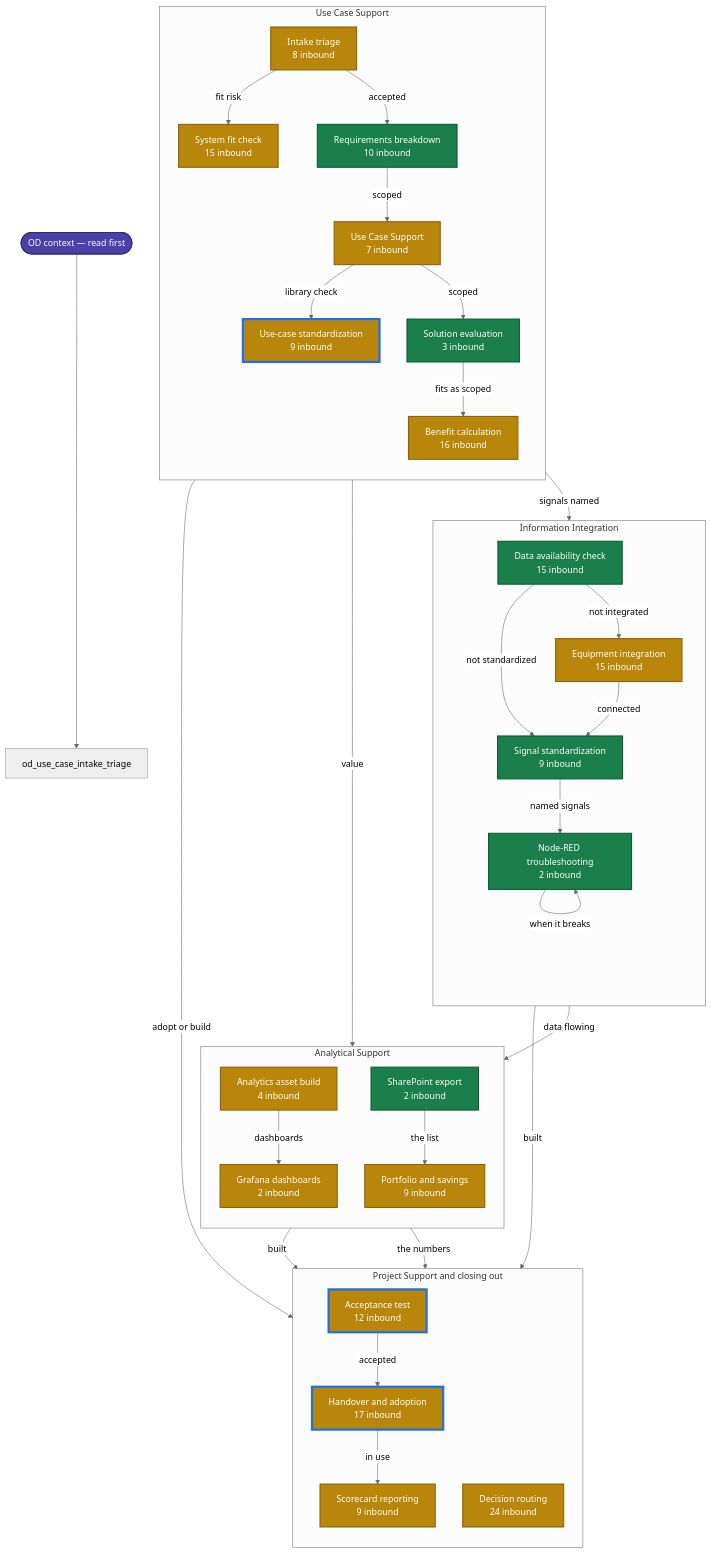
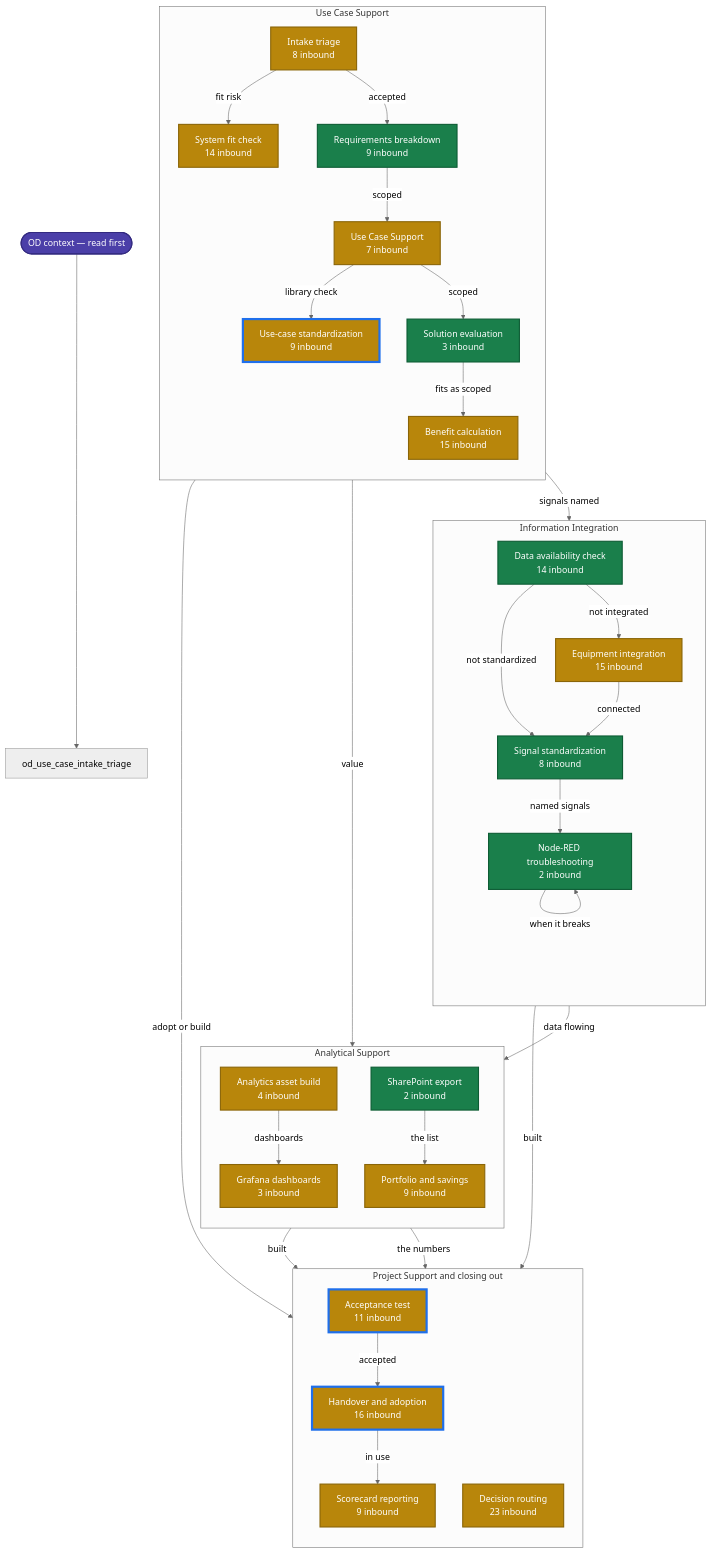
Before and after one commit to ops-digit-io/operations-digitalization-skill-registry: the diagram in docs/skill-state-map.md, drawn with Mermaid (neutral theme). The commit also changed other lines of this file and 144 other files, not shown here.

Commit message:
Remove deploy-it-demand; link OpenSpec externally on the map; BPMN 2.0 process map; ops-dashboard-engine on the prototype step

````diff
--- a/docs/skill-state-map.md
+++ b/docs/skill-state-map.md
@@ -20,69 +20,69 @@
 ```mermaid
 flowchart TD
     ctx(["OD context — read first"])
     subgraph UC["Use Case Support"]
     direction TB
         dept_intake["Intake triage<br/>8 inbound"]
-        invest_screen["System fit check<br/>15 inbound"]
-        funnel_requirements["Requirements breakdown<br/>10 inbound"]
+        invest_screen["System fit check<br/>14 inbound"]
+        funnel_requirements["Requirements breakdown<br/>9 inbound"]
         funnel_use_case["Use Case Support<br/>7 inbound"]
         funnel_evaluation["Solution evaluation<br/>3 inbound"]
         catalog_standardization["Use-case standardization<br/>9 inbound"]
-        bc_build["Benefit calculation<br/>16 inbound"]
+        bc_build["Benefit calculation<br/>15 inbound"]
     end
     subgraph II["Information Integration"]
     direction TB
-        mi_data_availability["Data availability check<br/>15 inbound"]
+        mi_data_availability["Data availability check<br/>14 inbound"]
         mi_equipment["Equipment integration<br/>15 inbound"]
-        mi_signals["Signal standardization<br/>9 inbound"]
+        mi_signals["Signal standardization<br/>8 inbound"]
         mi_flow["Node-RED troubleshooting<br/>2 inbound"]
         mi_flow["Node-RED troubleshooting<br/>2 inbound"]
     end
     subgraph AS["Analytical Support"]
     direction TB
         ops_analytics_asset["Analytics asset build<br/>4 inbound"]
-        ops_dashboard_engine["Grafana dashboards<br/>2 inbound"]
+        ops_dashboard_engine["Grafana dashboards<br/>3 inbound"]
         bc_portfolio["Portfolio and savings<br/>9 inbound"]
         know_sharepoint_export["SharePoint export<br/>2 inbound"]
     end
     subgraph PS["Project Support and closing out"]
     direction TB
-        deploy_acceptance["Acceptance test<br/>12 inbound"]
-        deploy_handover["Handover and adoption<br/>17 inbound"]
+        deploy_acceptance["Acceptance test<br/>11 inbound"]
+        deploy_handover["Handover and adoption<br/>16 inbound"]
         metrics_scorecard["Scorecard reporting<br/>9 inbound"]
-        dept_decision_rights["Decision routing<br/>24 inbound"]
+        dept_decision_rights["Decision routing<br/>23 inbound"]
     end
     dept_intake -->|fit risk| invest_screen
     dept_intake -->|accepted| funnel_requirements
     funnel_requirements -->|scoped| funnel_use_case
     funnel_requirements -->|signals named| mi_data_availability
     funnel_use_case -->|library check| catalog_standardization
     funnel_use_case -->|scoped| funnel_evaluation
     funnel_evaluation -->|fits as scoped| bc_build
     mi_data_availability -->|not integrated| mi_equipment
     mi_data_availability -->|not standardized| mi_signals
     mi_equipment -->|connected| mi_signals
     mi_signals -->|named signals| mi_flow
     mi_flow -->|when it breaks| mi_flow
     mi_flow -->|data flowing| ops_analytics_asset
     ops_analytics_asset -->|dashboards| ops_dashboard_engine
     ops_analytics_asset -->|built| deploy_acceptance
     mi_flow -->|built| deploy_acceptance
     deploy_acceptance -->|accepted| deploy_handover
     deploy_handover -->|in use| metrics_scorecard
     bc_build -->|value| bc_portfolio
     know_sharepoint_export -->|the list| bc_portfolio
     bc_portfolio -->|the numbers| metrics_scorecard
     catalog_standardization -->|adopt or build| dept_decision_rights
     ctx --> od_use_case_intake_triage
 
     classDef deep fill:#1a7f4b,stroke:#0d5c34,color:#ffffff,stroke-width:2px;
     classDef documented fill:#b8860b,stroke:#8a6508,color:#ffffff,stroke-width:2px;
     classDef stub fill:#e8e8e8,stroke:#9a9a9a,color:#333333,stroke-dasharray:4 3;
     classDef nxt stroke:#1f6feb,stroke-width:4px;
     classDef ctx fill:#4b3fa8,stroke:#332a80,color:#ffffff,stroke-width:2px;
     class funnel_requirements,funnel_evaluation,mi_data_availability,know_sharepoint_export,mi_signals,mi_flow deep;
     class dept_intake,invest_screen,funnel_use_case,bc_build,catalog_standardization,mi_equipment,deploy_acceptance,deploy_handover,ops_analytics_asset,metrics_scorecard,bc_portfolio,dept_decision_rights,ops_dashboard_engine documented;
     class deploy_acceptance,catalog_standardization,deploy_handover nxt;
     class ctx ctx;
 ```
````
